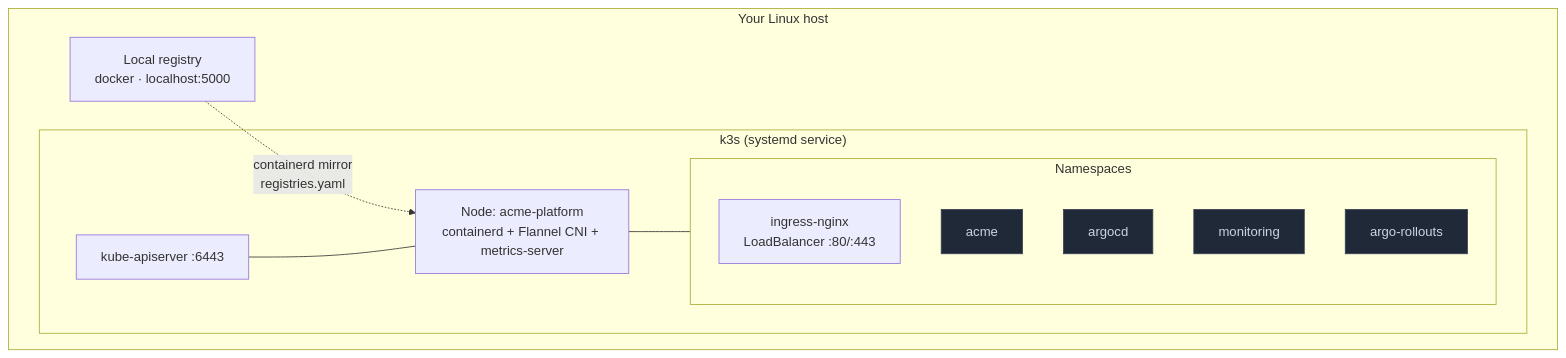
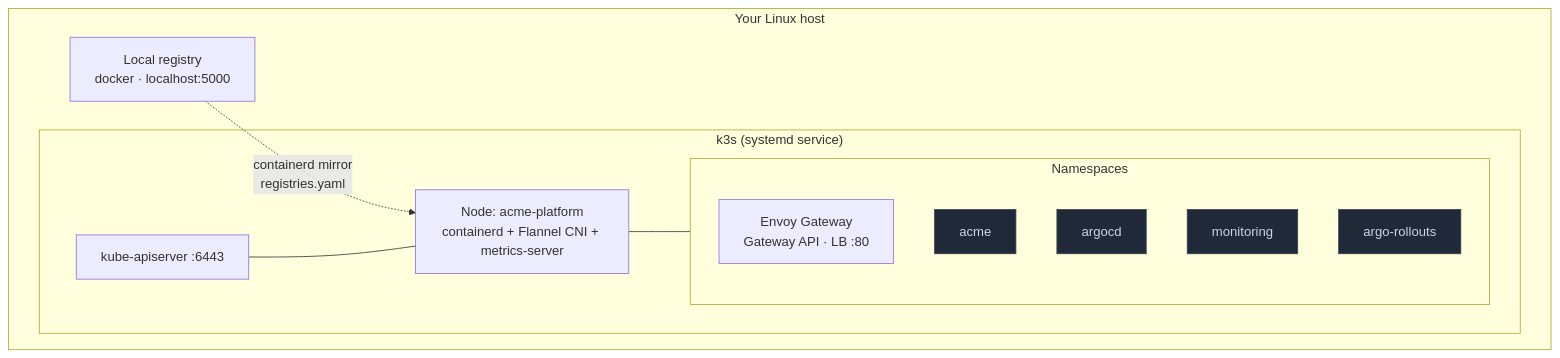
The diagram in observability-driven-gitops-release-system/clusters/README.md (onedord1/DevOps-Projects), drawn with Mermaid before and after one commit. The commit also changed other lines of this file and 12 other files, not shown here.

First line of the commit message:
feat(gateway): replace ingress-nginx with Gateway API v1.5 + Envoy Gateway

````diff
--- a/observability-driven-gitops-release-system/clusters/README.md
+++ b/observability-driven-gitops-release-system/clusters/README.md
@@ -7,22 +7,22 @@
 ```mermaid
 flowchart TB
     subgraph host["Your Linux host"]
         reg["Local registry<br/>docker · localhost:5000"]
         subgraph k3s["k3s (systemd service)"]
             api["kube-apiserver :6443"]
             node["Node: acme-platform<br/>containerd + Flannel CNI + metrics-server"]
             subgraph ns["Namespaces"]
-                ing["ingress-nginx<br/>LoadBalancer :80/:443"]
+                gw["Envoy Gateway<br/>Gateway API · LB :80"]
                 acme["acme"]
                 argocd["argocd"]
                 monitoring["monitoring"]
                 rollouts["argo-rollouts"]
             end
         end
     end
     reg -. "containerd mirror<br/>registries.yaml" .-> node
     api --- node
     node --- ns
     classDef dim fill:#1f2937,stroke:#374151,color:#cbd5e1;
     class acme,argocd,monitoring,rollouts dim;
 ```
````
